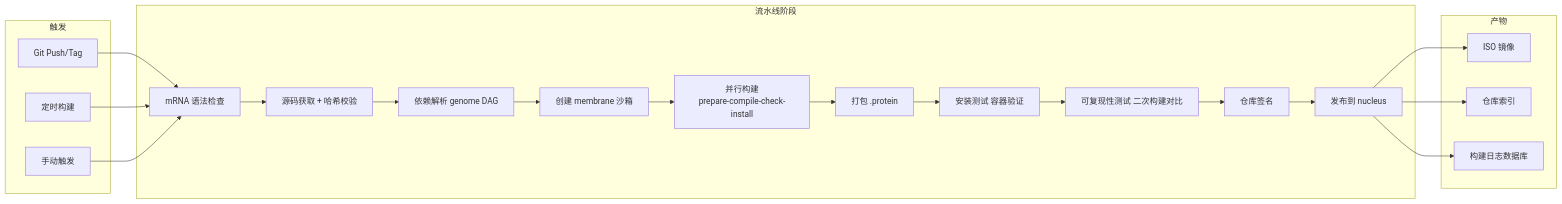
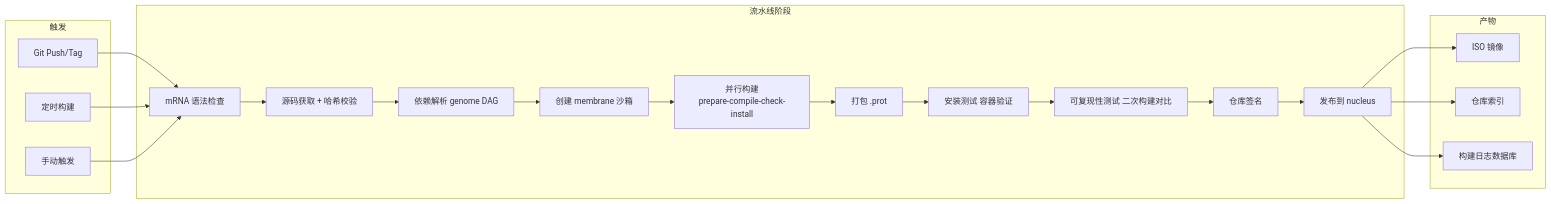
The third of 3 diagrams in docs/architecture.md (Li-Yaosong/lysine-os), drawn with Mermaid before and after one commit. The commit also changed other lines of this file and 62 other files, not shown here.

````diff
--- a/docs/architecture.md
+++ b/docs/architecture.md
@@ -378,36 +378,36 @@
 ```mermaid
 flowchart LR
     subgraph trigger [触发]
         commit[Git Push/Tag]
         schedule[定时构建]
         manual[手动触发]
     end
 
     subgraph pipeline [流水线阶段]
         lint[mRNA 语法检查]
         src_fetch[源码获取 + 哈希校验]
         dep_resolve[依赖解析 genome DAG]
         sandbox_create[创建 membrane 沙箱]
         parallel_build[并行构建<br/>prepare-compile-check-install]
-        package[打包 .protein]
+        package[打包 .prot]
         test_install[安装测试 容器验证]
         repro_test[可复现性测试 二次构建对比]
         sign[仓库签名]
         publish[发布到 nucleus]
     end
 
     subgraph artifacts [产物]
         iso[ISO 镜像]
         repo[仓库索引]
         log_db[构建日志数据库]
     end
 
     commit --> lint
     schedule --> lint
     manual --> lint
     lint --> src_fetch --> dep_resolve --> sandbox_create --> parallel_build
     parallel_build --> package --> test_install --> repro_test --> sign --> publish
     publish --> iso
     publish --> repo
     publish --> log_db
 ```
````
